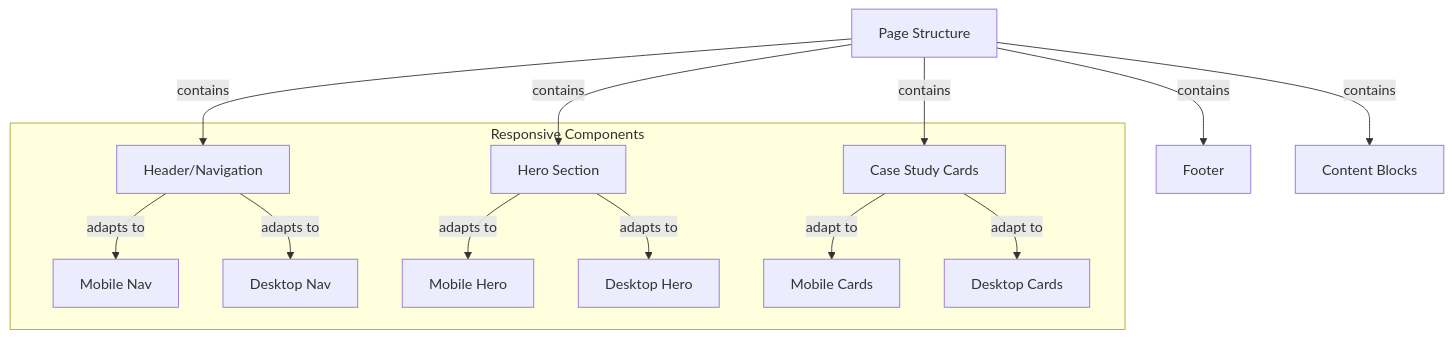
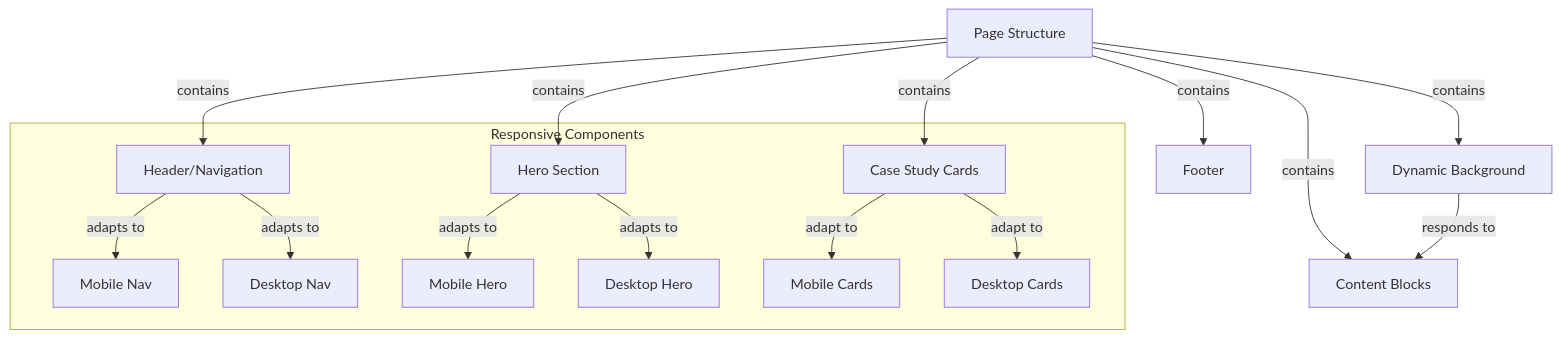
One commit to GabeVelez/gabevelezdotcom changed the second of 3 diagrams in memory-bank/systemPatterns.md. Above: the diagram before and after it, drawn with Mermaid. The commit also changed other lines of this file and 4 other files, not shown here.

````diff
--- a/memory-bank/systemPatterns.md
+++ b/memory-bank/systemPatterns.md
@@ -172,24 +210,27 @@
 ```mermaid
 graph TD
     Page[Page Structure]
     Header[Header/Navigation]
     Footer[Footer]
     Hero[Hero Section]
     Cards[Case Study Cards]
     Content[Content Blocks]
+    DynamicBg[Dynamic Background]
     
     Page -->|contains| Header
     Page -->|contains| Hero
     Page -->|contains| Cards
     Page -->|contains| Content
     Page -->|contains| Footer
+    Page -->|contains| DynamicBg
+    DynamicBg -->|responds to| Content
     
     subgraph "Responsive Components"
         Header -->|adapts to| MobileNav[Mobile Nav]
         Header -->|adapts to| DesktopNav[Desktop Nav]
         Hero -->|adapts to| MobileHero[Mobile Hero]
         Hero -->|adapts to| DesktopHero[Desktop Hero]
         Cards -->|adapt to| MobileCards[Mobile Cards]
         Cards -->|adapt to| DesktopCards[Desktop Cards]
     end
 ```
````
